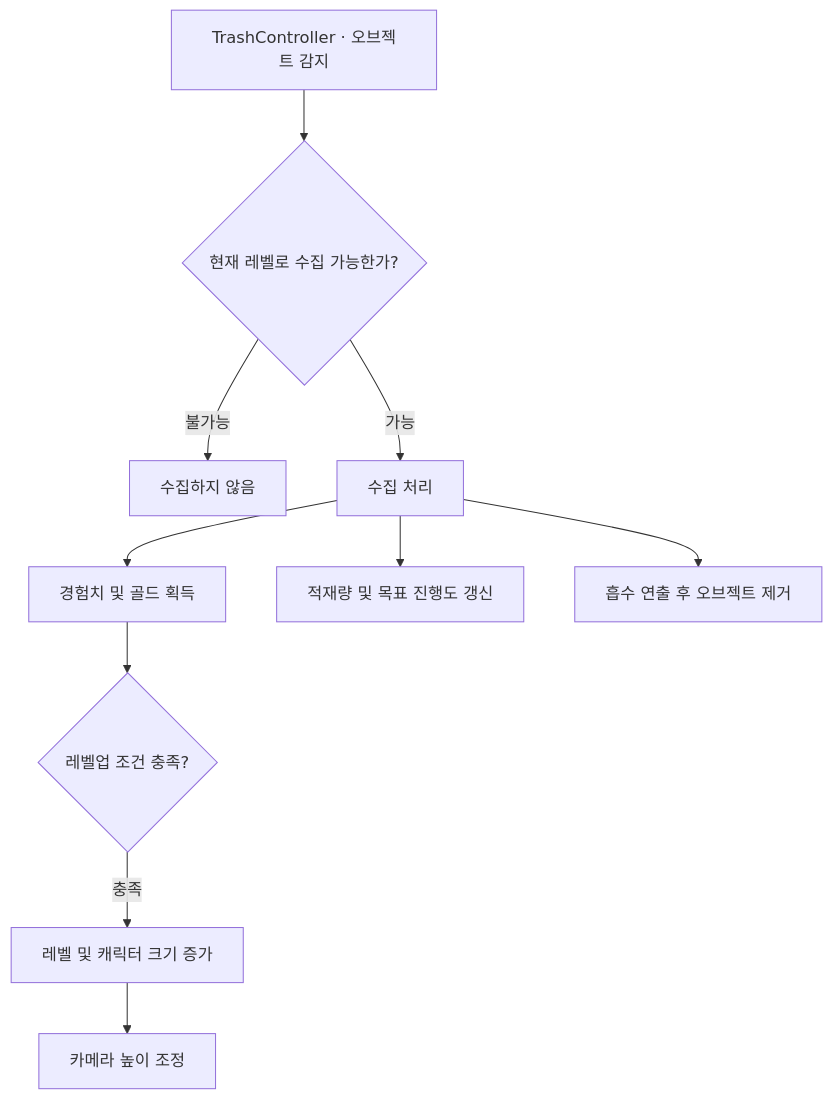
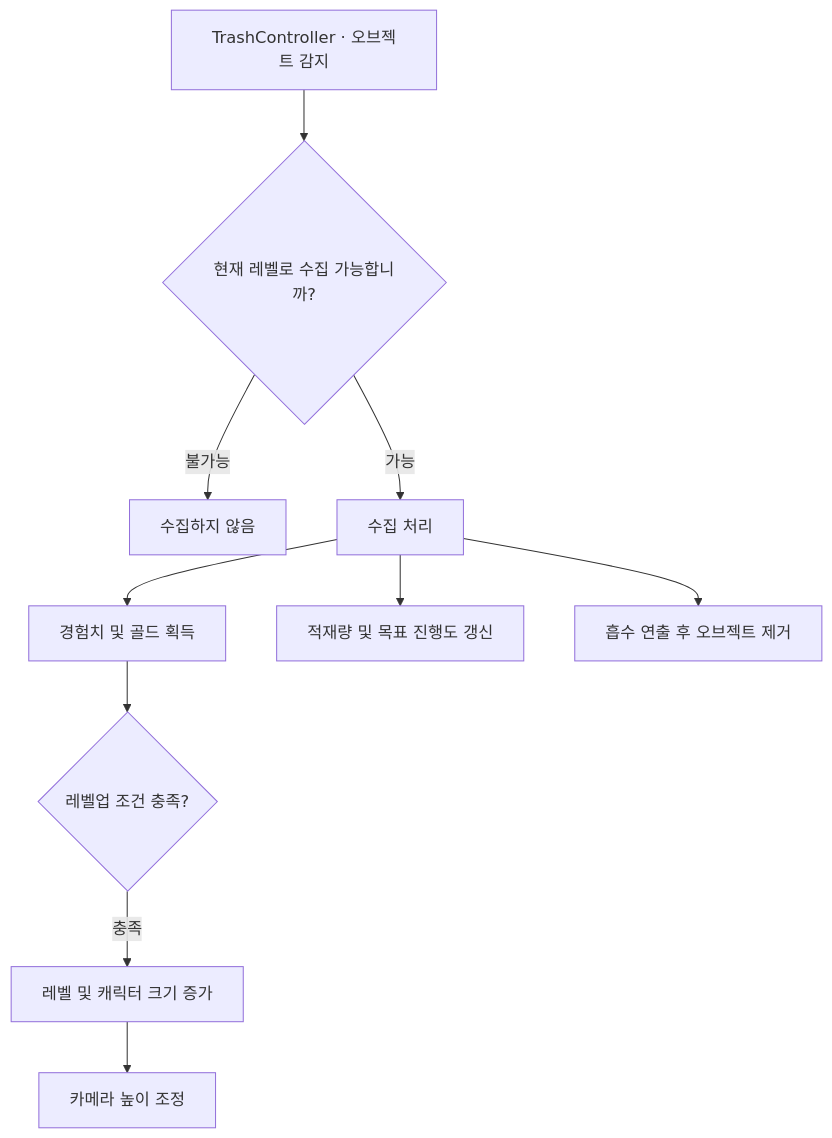
The fourth of 6 diagrams in README.md (Git-JBI/Clean_It_Up), drawn with Mermaid before and after one commit. The commit also changed other lines of this file, not shown here.

````diff
--- a/README.md
+++ b/README.md
@@ -118,12 +120,12 @@
 ```mermaid
 flowchart TD
-    A["TrashController · 오브젝트 감지"] --> B{"현재 레벨로 수집 가능한가?"}
+    A["TrashController · 오브젝트 감지"] --> B{"현재 레벨로 수집 가능합니까?"}
     B -->|불가능| C[수집하지 않음]
     B -->|가능| D[수집 처리]
     D --> E[경험치 및 골드 획득]
     D --> F[적재량 및 목표 진행도 갱신]
     D --> G[흡수 연출 후 오브젝트 제거]
     E --> H{"레벨업 조건 충족?"}
     H -->|충족| I[레벨 및 캐릭터 크기 증가]
     I --> J[카메라 높이 조정]
 ```
````
